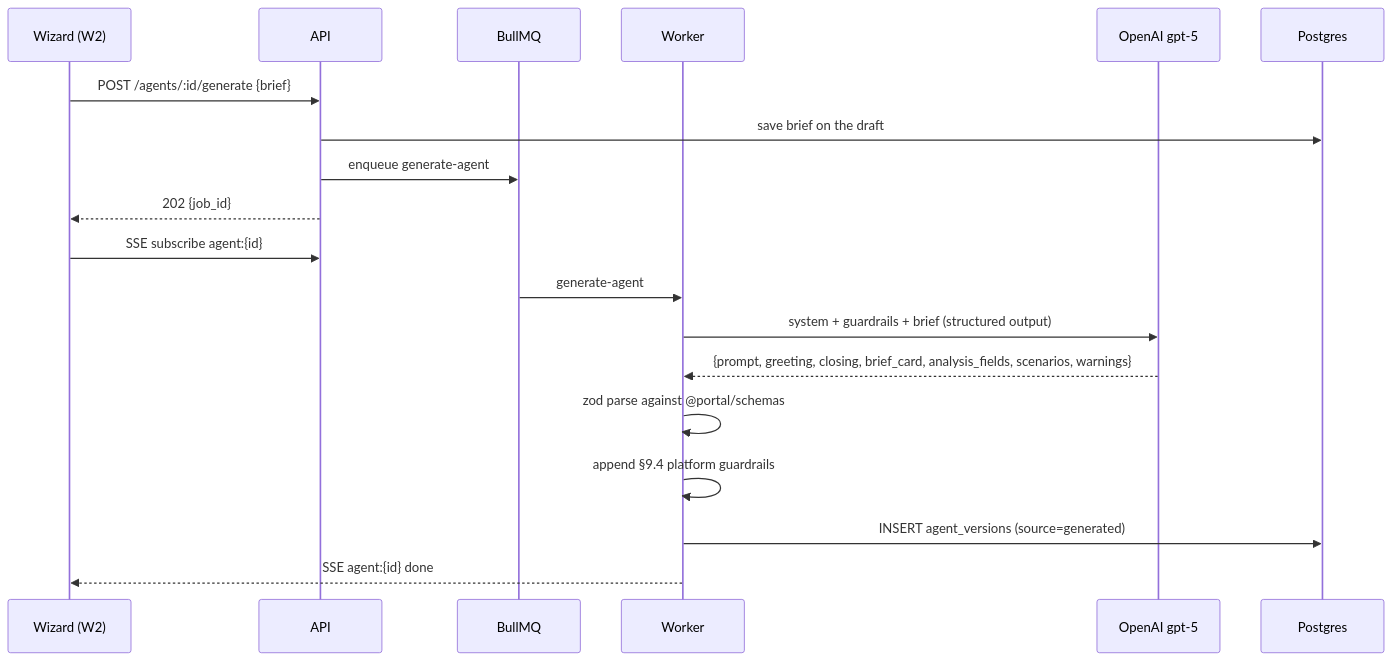
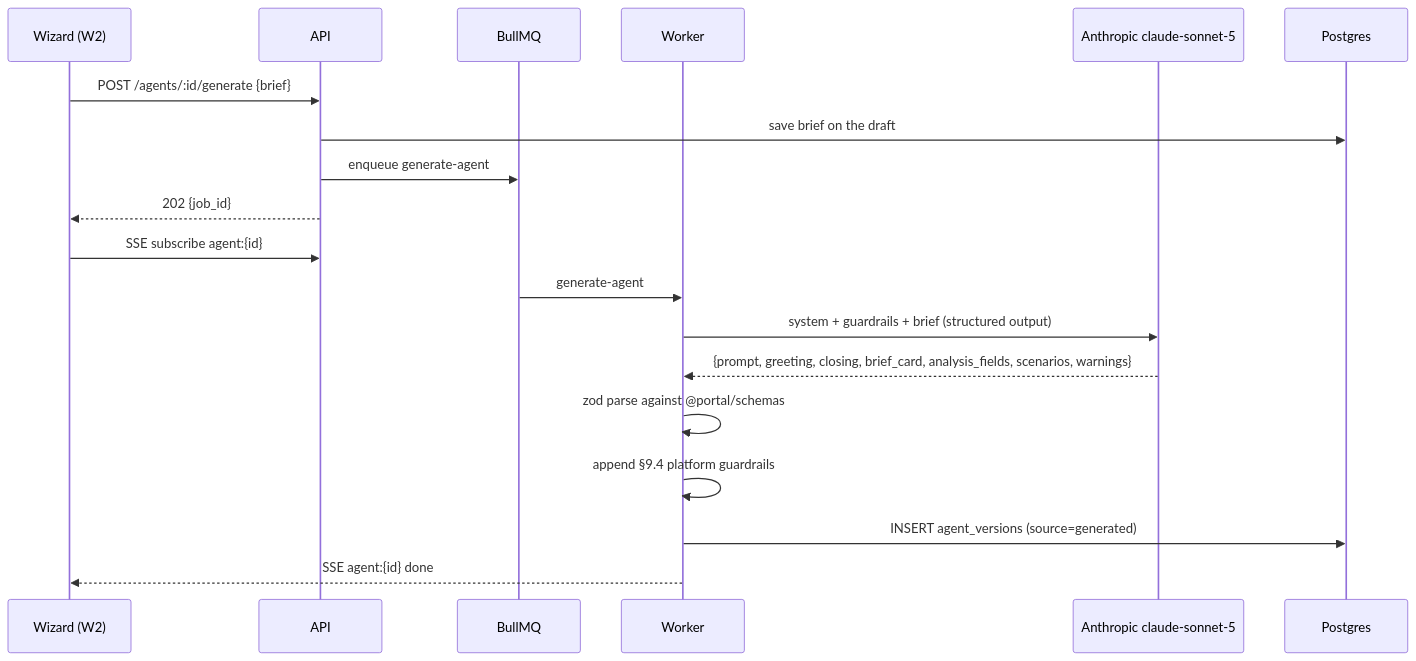
One commit to saksham-metacognixion/Voice-Agent changed diagram 13 of 22 in docs/architecture.md. Above: the diagram before and after it, drawn with Mermaid. The commit also changed other lines of this file and 106 other files, not shown here.

````diff
--- a/docs/architecture.md
+++ b/docs/architecture.md
@@ -646,22 +646,22 @@
 ```mermaid
 sequenceDiagram
     participant W as Wizard (W2)
     participant API
     participant Q as BullMQ
     participant WK as Worker
-    participant AI as OpenAI gpt-5
+    participant AI as Anthropic claude-sonnet-5
     participant PG as Postgres
 
     W->>API: POST /agents/:id/generate {brief}
     API->>PG: save brief on the draft
     API->>Q: enqueue generate-agent
     API-->>W: 202 {job_id}
     W->>API: SSE subscribe agent:{id}
     Q->>WK: generate-agent
     WK->>AI: system + guardrails + brief (structured output)
     AI-->>WK: {prompt, greeting, closing, brief_card, analysis_fields, scenarios, warnings}
     WK->>WK: zod parse against @portal/schemas
     WK->>WK: append §9.4 platform guardrails
     WK->>PG: INSERT agent_versions (source=generated)
     WK-->>W: SSE agent:{id} done
 ```
````
